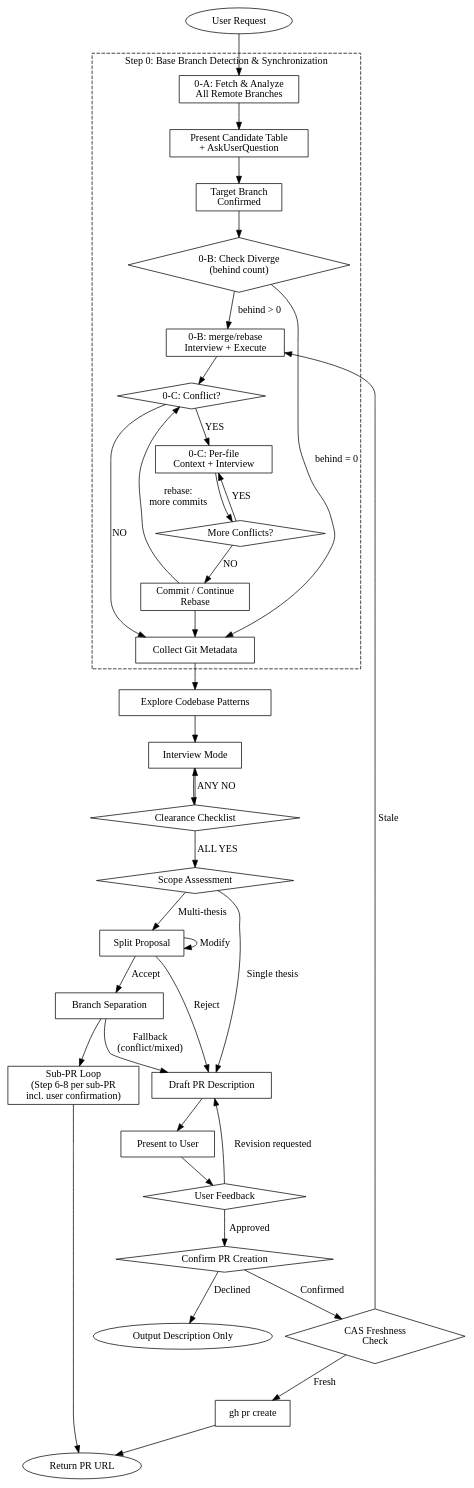
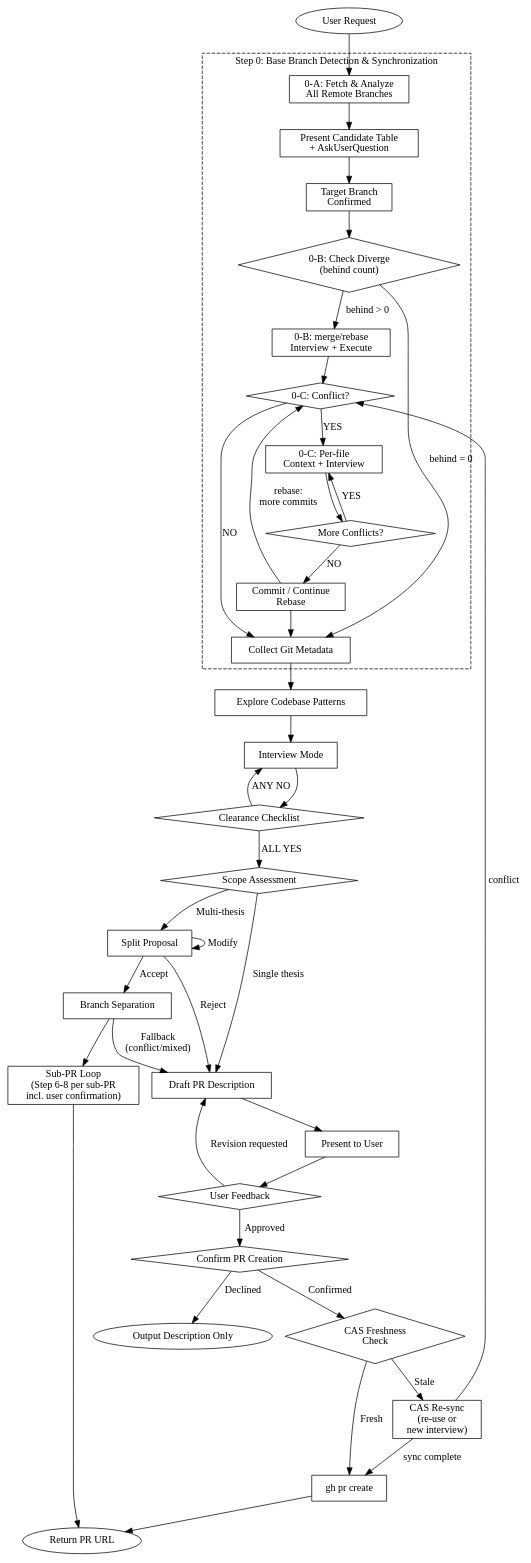
One commit to toongri/oh-my-toong-playground changed the diagram in skills/make-pr/SKILL.md. Above: the diagram before and after it, drawn with Graphviz. The commit also changed other lines of this file and 1 other file, not shown here.

````diff
--- a/skills/make-pr/SKILL.md
+++ b/skills/make-pr/SKILL.md
@@ -61,76 +61,79 @@
 ```dot
 digraph make_pr_flow {
     rankdir=TB;
 
     "User Request" [shape=ellipse];
 
     subgraph cluster_step0 {
         label="Step 0: Base Branch Detection & Synchronization";
         style=dashed;
         "0-A: Fetch & Analyze\nAll Remote Branches" [shape=box];
         "Present Candidate Table\n+ AskUserQuestion" [shape=box];
         "Target Branch\nConfirmed" [shape=box];
         "0-B: Check Diverge\n(behind count)" [shape=diamond];
         "0-B: merge/rebase\nInterview + Execute" [shape=box];
         "0-C: Conflict?" [shape=diamond];
         "0-C: Per-file\nContext + Interview" [shape=box];
         "More Conflicts?" [shape=diamond];
         "Commit / Continue\nRebase" [shape=box];
 
         "0-A: Fetch & Analyze\nAll Remote Branches" -> "Present Candidate Table\n+ AskUserQuestion";
         "Present Candidate Table\n+ AskUserQuestion" -> "Target Branch\nConfirmed";
         "Target Branch\nConfirmed" -> "0-B: Check Diverge\n(behind count)";
         "0-B: Check Diverge\n(behind count)" -> "0-B: merge/rebase\nInterview + Execute" [label="behind > 0"];
         "0-B: merge/rebase\nInterview + Execute" -> "0-C: Conflict?";
         "0-C: Conflict?" -> "0-C: Per-file\nContext + Interview" [label="YES"];
         "0-C: Conflict?" -> "Collect Git Metadata" [label="NO"];
         "0-C: Per-file\nContext + Interview" -> "More Conflicts?";
         "More Conflicts?" -> "0-C: Per-file\nContext + Interview" [label="YES"];
         "More Conflicts?" -> "Commit / Continue\nRebase" [label="NO"];
     }
 
     "Collect Git Metadata" [shape=box];
     "Explore Codebase Patterns" [shape=box];
     "Interview Mode" [shape=box];
     "Clearance Checklist" [shape=diamond];
     "Scope Assessment" [shape=diamond];
     "Split Proposal" [shape=box];
     "Branch Separation" [shape=box];
     "Sub-PR Loop\n(Step 6-8 per sub-PR\nincl. user confirmation)" [shape=box];
     "Draft PR Description" [shape=box];
     "Present to User" [shape=box];
     "User Feedback" [shape=diamond];
     "Confirm PR Creation" [shape=diamond];
     "CAS Freshness\nCheck" [shape=diamond];
     "gh pr create" [shape=box];
     "Return PR URL" [shape=ellipse];
     "Output Description Only" [shape=ellipse];
 
     "User Request" -> "0-A: Fetch & Analyze\nAll Remote Branches";
     "0-B: Check Diverge\n(behind count)" -> "Collect Git Metadata" [label="behind = 0"];
     "Commit / Continue\nRebase" -> "Collect Git Metadata";
     "Commit / Continue\nRebase" -> "0-C: Conflict?" [label="rebase:\nmore commits"];
     "Collect Git Metadata" -> "Explore Codebase Patterns";
     "Explore Codebase Patterns" -> "Interview Mode";
     "Interview Mode" -> "Clearance Checklist";
     "Clearance Checklist" -> "Interview Mode" [label="ANY NO"];
     "Clearance Checklist" -> "Scope Assessment" [label="ALL YES"];
     "Scope Assessment" -> "Draft PR Description" [label="Single thesis"];
     "Scope Assessment" -> "Split Proposal" [label="Multi-thesis"];
     "Split Proposal" -> "Branch Separation" [label="Accept"];
     "Split Proposal" -> "Draft PR Description" [label="Reject"];
     "Split Proposal" -> "Split Proposal" [label="Modify"];
     "Branch Separation" -> "Sub-PR Loop\n(Step 6-8 per sub-PR\nincl. user confirmation)";
     "Branch Separation" -> "Draft PR Description" [label="Fallback\n(conflict/mixed)"];
     "Sub-PR Loop\n(Step 6-8 per sub-PR\nincl. user confirmation)" -> "Return PR URL";
     "Draft PR Description" -> "Present to User";
     "Present to User" -> "User Feedback";
     "User Feedback" -> "Draft PR Description" [label="Revision requested"];
     "User Feedback" -> "Confirm PR Creation" [label="Approved"];
     "Confirm PR Creation" -> "Output Description Only" [label="Declined"];
     "Confirm PR Creation" -> "CAS Freshness\nCheck" [label="Confirmed"];
     "CAS Freshness\nCheck" -> "gh pr create" [label="Fresh"];
-    "CAS Freshness\nCheck" -> "0-B: merge/rebase\nInterview + Execute" [label="Stale"];
+    "CAS Re-sync\n(re-use or\nnew interview)" [shape=box];
+    "CAS Freshness\nCheck" -> "CAS Re-sync\n(re-use or\nnew interview)" [label="Stale"];
+    "CAS Re-sync\n(re-use or\nnew interview)" -> "gh pr create" [label="sync complete"];
+    "CAS Re-sync\n(re-use or\nnew interview)" -> "0-C: Conflict?" [label="conflict"];
     "gh pr create" -> "Return PR URL";
 }
 ```
````
